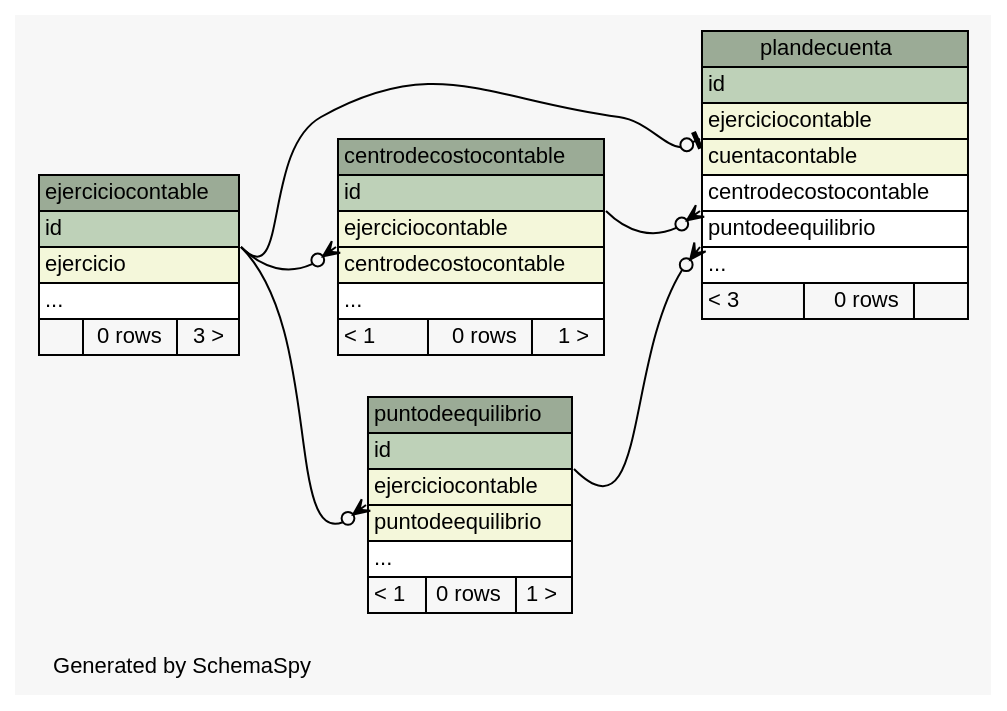
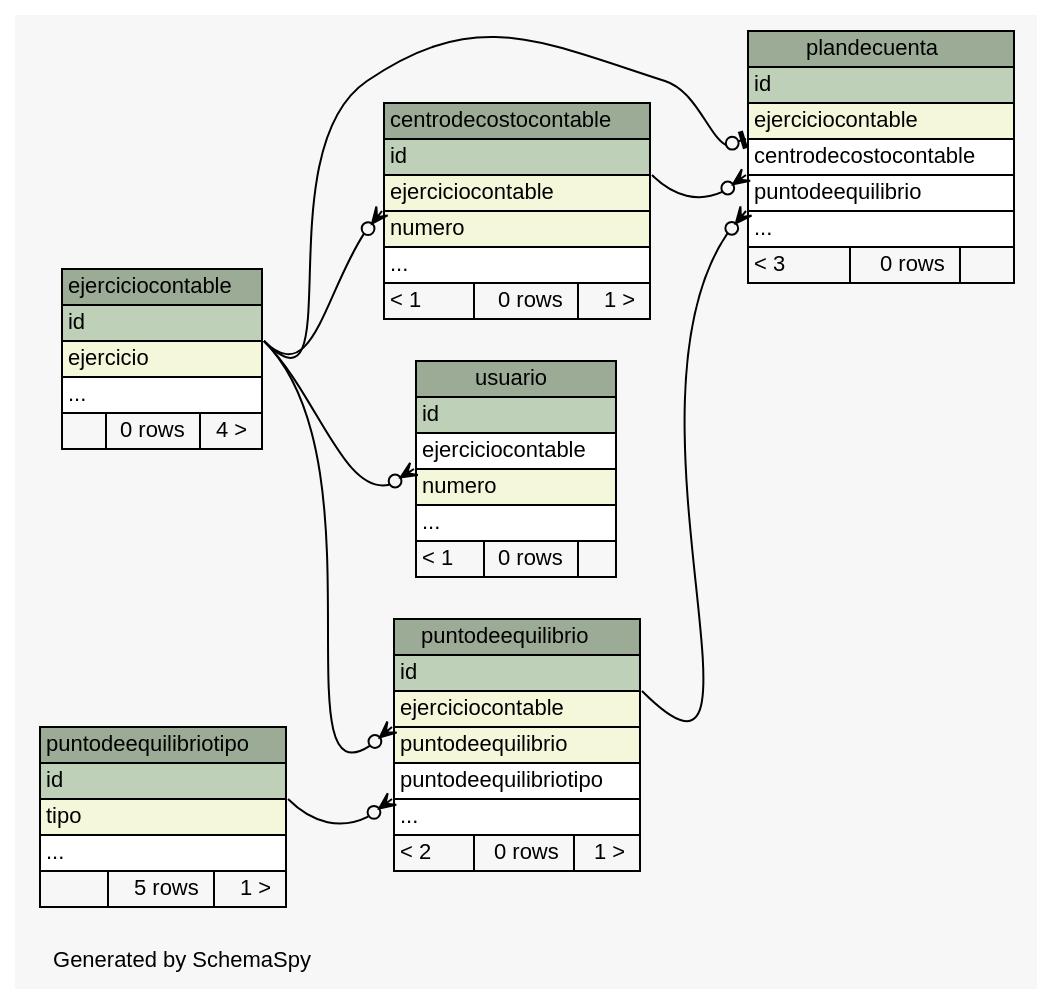
One commit to sebaalvarez/massoftware changed the diagram in sql/postgresql/schemaSpy/salida/diagrams/summary/relationships.real.compact.dot. Above: the diagram before and after it, drawn with Graphviz. The commit also changed 152 other files, not shown here.

```diff
--- a/sql/postgresql/schemaSpy/salida/diagrams/summary/relationships.real.compact.dot
+++ b/sql/postgresql/schemaSpy/salida/diagrams/summary/relationships.real.compact.dot
@@ -1,80 +1,107 @@
 // dot 2.2.1 on Windows 10 10.0
 // SchemaSpy rev 590
 digraph "compactRelationshipsDiagram" {
   graph [
     rankdir="RL"
     bgcolor="#f7f7f7"
     label="\nGenerated by SchemaSpy"
     labeljust="l"
     nodesep="0.18"
     ranksep="0.46"
     fontname="Helvetica"
     fontsize="11"
   ];
   node [
     fontname="Helvetica"
     fontsize="11"
     shape="plaintext"
   ];
   edge [
     arrowsize="0.8"
   ];
   "centrodecostocontable" [
     label=<
     <TABLE BORDER="0" CELLBORDER="1" CELLSPACING="0" BGCOLOR="#ffffff">
       <TR><TD COLSPAN="3" BGCOLOR="#9bab96" ALIGN="CENTER">centrodecostocontable</TD></TR>
       <TR><TD PORT="id" COLSPAN="3" BGCOLOR="#bed1b8" ALIGN="LEFT">id</TD></TR>
       <TR><TD PORT="ejerciciocontable" COLSPAN="3" BGCOLOR="#f4f7da" ALIGN="LEFT">ejerciciocontable</TD></TR>
-      <TR><TD PORT="centrodecostocontable" COLSPAN="3" BGCOLOR="#f4f7da" ALIGN="LEFT">centrodecostocontable</TD></TR>
+      <TR><TD PORT="numero" COLSPAN="3" BGCOLOR="#f4f7da" ALIGN="LEFT">numero</TD></TR>
       <TR><TD PORT="elipses" COLSPAN="3" ALIGN="LEFT">...</TD></TR>
       <TR><TD ALIGN="LEFT" BGCOLOR="#f7f7f7">&lt; 1</TD><TD ALIGN="RIGHT" BGCOLOR="#f7f7f7">0 rows</TD><TD ALIGN="RIGHT" BGCOLOR="#f7f7f7">1 &gt;</TD></TR>
     </TABLE>>
     URL="tables/centrodecostocontable.html"
     tooltip="centrodecostocontable"
   ];
   "ejerciciocontable" [
     label=<
     <TABLE BORDER="0" CELLBORDER="1" CELLSPACING="0" BGCOLOR="#ffffff">
       <TR><TD COLSPAN="3" BGCOLOR="#9bab96" ALIGN="CENTER">ejerciciocontable</TD></TR>
       <TR><TD PORT="id" COLSPAN="3" BGCOLOR="#bed1b8" ALIGN="LEFT">id</TD></TR>
       <TR><TD PORT="ejercicio" COLSPAN="3" BGCOLOR="#f4f7da" ALIGN="LEFT">ejercicio</TD></TR>
       <TR><TD PORT="elipses" COLSPAN="3" ALIGN="LEFT">...</TD></TR>
-      <TR><TD ALIGN="LEFT" BGCOLOR="#f7f7f7">  </TD><TD ALIGN="RIGHT" BGCOLOR="#f7f7f7">0 rows</TD><TD ALIGN="RIGHT" BGCOLOR="#f7f7f7">3 &gt;</TD></TR>
+      <TR><TD ALIGN="LEFT" BGCOLOR="#f7f7f7">  </TD><TD ALIGN="RIGHT" BGCOLOR="#f7f7f7">0 rows</TD><TD ALIGN="RIGHT" BGCOLOR="#f7f7f7">4 &gt;</TD></TR>
     </TABLE>>
     URL="tables/ejerciciocontable.html"
     tooltip="ejerciciocontable"
   ];
   "plandecuenta" [
     label=<
     <TABLE BORDER="0" CELLBORDER="1" CELLSPACING="0" BGCOLOR="#ffffff">
       <TR><TD COLSPAN="3" BGCOLOR="#9bab96" ALIGN="CENTER">plandecuenta</TD></TR>
       <TR><TD PORT="id" COLSPAN="3" BGCOLOR="#bed1b8" ALIGN="LEFT">id</TD></TR>
       <TR><TD PORT="ejerciciocontable" COLSPAN="3" BGCOLOR="#f4f7da" ALIGN="LEFT">ejerciciocontable</TD></TR>
-      <TR><TD PORT="cuentacontable" COLSPAN="3" BGCOLOR="#f4f7da" ALIGN="LEFT">cuentacontable</TD></TR>
       <TR><TD PORT="centrodecostocontable" COLSPAN="3" ALIGN="LEFT">centrodecostocontable</TD></TR>
       <TR><TD PORT="puntodeequilibrio" COLSPAN="3" ALIGN="LEFT">puntodeequilibrio</TD></TR>
       <TR><TD PORT="elipses" COLSPAN="3" ALIGN="LEFT">...</TD></TR>
       <TR><TD ALIGN="LEFT" BGCOLOR="#f7f7f7">&lt; 3</TD><TD ALIGN="RIGHT" BGCOLOR="#f7f7f7">0 rows</TD><TD ALIGN="RIGHT" BGCOLOR="#f7f7f7">  </TD></TR>
     </TABLE>>
     URL="tables/plandecuenta.html"
     tooltip="plandecuenta"
   ];
   "puntodeequilibrio" [
     label=<
     <TABLE BORDER="0" CELLBORDER="1" CELLSPACING="0" BGCOLOR="#ffffff">
       <TR><TD COLSPAN="3" BGCOLOR="#9bab96" ALIGN="CENTER">puntodeequilibrio</TD></TR>
       <TR><TD PORT="id" COLSPAN="3" BGCOLOR="#bed1b8" ALIGN="LEFT">id</TD></TR>
       <TR><TD PORT="ejerciciocontable" COLSPAN="3" BGCOLOR="#f4f7da" ALIGN="LEFT">ejerciciocontable</TD></TR>
       <TR><TD PORT="puntodeequilibrio" COLSPAN="3" BGCOLOR="#f4f7da" ALIGN="LEFT">puntodeequilibrio</TD></TR>
+      <TR><TD PORT="puntodeequilibriotipo" COLSPAN="3" ALIGN="LEFT">puntodeequilibriotipo</TD></TR>
       <TR><TD PORT="elipses" COLSPAN="3" ALIGN="LEFT">...</TD></TR>
-      <TR><TD ALIGN="LEFT" BGCOLOR="#f7f7f7">&lt; 1</TD><TD ALIGN="RIGHT" BGCOLOR="#f7f7f7">0 rows</TD><TD ALIGN="RIGHT" BGCOLOR="#f7f7f7">1 &gt;</TD></TR>
+      <TR><TD ALIGN="LEFT" BGCOLOR="#f7f7f7">&lt; 2</TD><TD ALIGN="RIGHT" BGCOLOR="#f7f7f7">0 rows</TD><TD ALIGN="RIGHT" BGCOLOR="#f7f7f7">1 &gt;</TD></TR>
     </TABLE>>
     URL="tables/puntodeequilibrio.html"
     tooltip="puntodeequilibrio"
+  ];
+  "puntodeequilibriotipo" [
+    label=<
+    <TABLE BORDER="0" CELLBORDER="1" CELLSPACING="0" BGCOLOR="#ffffff">
+      <TR><TD COLSPAN="3" BGCOLOR="#9bab96" ALIGN="CENTER">puntodeequilibriotipo</TD></TR>
+      <TR><TD PORT="id" COLSPAN="3" BGCOLOR="#bed1b8" ALIGN="LEFT">id</TD></TR>
+      <TR><TD PORT="tipo" COLSPAN="3" BGCOLOR="#f4f7da" ALIGN="LEFT">tipo</TD></TR>
+      <TR><TD PORT="elipses" COLSPAN="3" ALIGN="LEFT">...</TD></TR>
+      <TR><TD ALIGN="LEFT" BGCOLOR="#f7f7f7">  </TD><TD ALIGN="RIGHT" BGCOLOR="#f7f7f7">5 rows</TD><TD ALIGN="RIGHT" BGCOLOR="#f7f7f7">1 &gt;</TD></TR>
+    </TABLE>>
+    URL="tables/puntodeequilibriotipo.html"
+    tooltip="puntodeequilibriotipo"
+  ];
+  "usuario" [
+    label=<
+    <TABLE BORDER="0" CELLBORDER="1" CELLSPACING="0" BGCOLOR="#ffffff">
+      <TR><TD COLSPAN="3" BGCOLOR="#9bab96" ALIGN="CENTER">usuario</TD></TR>
+      <TR><TD PORT="id" COLSPAN="3" BGCOLOR="#bed1b8" ALIGN="LEFT">id</TD></TR>
+      <TR><TD PORT="ejerciciocontable" COLSPAN="3" ALIGN="LEFT">ejerciciocontable</TD></TR>
+      <TR><TD PORT="numero" COLSPAN="3" BGCOLOR="#f4f7da" ALIGN="LEFT">numero</TD></TR>
+      <TR><TD PORT="elipses" COLSPAN="3" ALIGN="LEFT">...</TD></TR>
+      <TR><TD ALIGN="LEFT" BGCOLOR="#f7f7f7">&lt; 1</TD><TD ALIGN="RIGHT" BGCOLOR="#f7f7f7">0 rows</TD><TD ALIGN="RIGHT" BGCOLOR="#f7f7f7">  </TD></TR>
+    </TABLE>>
+    URL="tables/usuario.html"
+    tooltip="usuario"
   ];
   "centrodecostocontable":"ejerciciocontable":sw -> "ejerciciocontable":"id":se [arrowhead=none dir=back arrowtail=crowodot];
   "plandecuenta":"centrodecostocontable":sw -> "centrodecostocontable":"id":se [arrowhead=none dir=back arrowtail=crowodot];
   "plandecuenta":"ejerciciocontable":sw -> "ejerciciocontable":"id":se [arrowhead=none dir=back arrowtail=teeodot];
   "plandecuenta":"puntodeequilibrio":sw -> "puntodeequilibrio":"id":se [arrowhead=none dir=back arrowtail=crowodot];
   "puntodeequilibrio":"ejerciciocontable":sw -> "ejerciciocontable":"id":se [arrowhead=none dir=back arrowtail=crowodot];
+  "puntodeequilibrio":"puntodeequilibriotipo":sw -> "puntodeequilibriotipo":"id":se [arrowhead=none dir=back arrowtail=crowodot];
+  "usuario":"ejerciciocontable":sw -> "ejerciciocontable":"id":se [arrowhead=none dir=back arrowtail=crowodot];
 }
```
